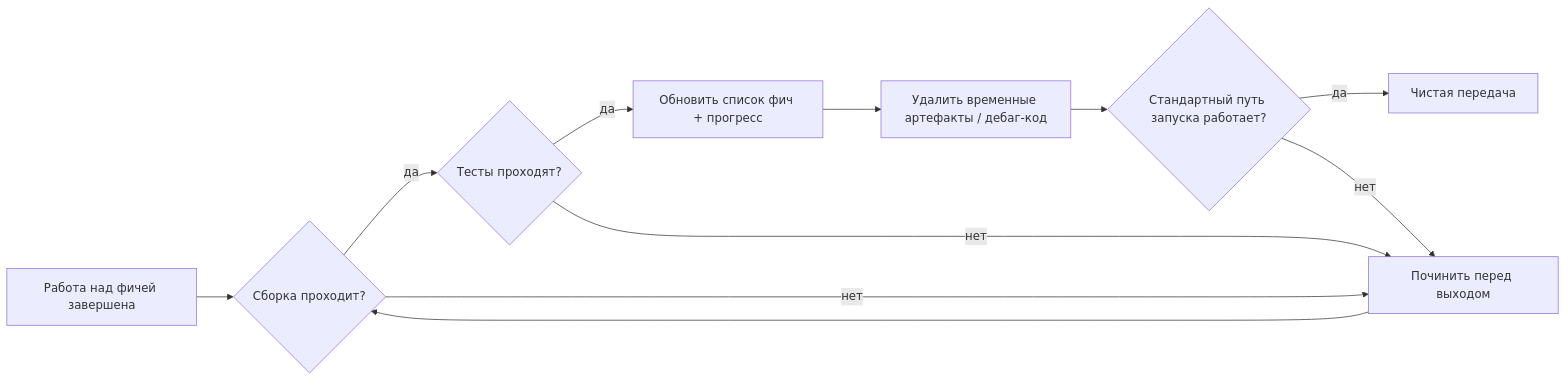
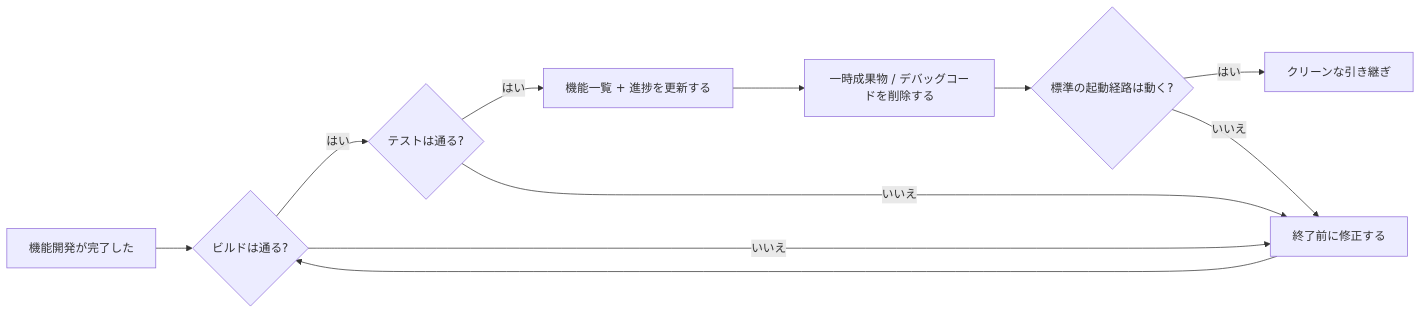
Before and after one commit to mkusaka/learn-harness-engineering: the first of 2 diagrams in docs/ru/lectures/lecture-12-why-every-session-must-leave-a-clean-state/index.md, drawn with Mermaid. The commit also changed other lines of this file and 571 other files, not shown here.

````diff
--- a/docs/ru/lectures/lecture-12-why-every-session-must-leave-a-clean-state/index.md
+++ b/docs/ru/lectures/lecture-12-why-every-session-must-leave-a-clean-state/index.md
@@ -25,13 +25,13 @@
 ```mermaid
 flowchart LR
-    Work["Работа над фичей завершена"] --> Build{"Сборка проходит?"}
-    Build -->|да| Test{"Тесты проходят?"}
-    Build -->|нет| Fix["Починить перед выходом"]
-    Test -->|да| Record["Обновить список фич + прогресс"]
-    Test -->|нет| Fix
-    Record --> Cleanup["Удалить временные артефакты / дебаг-код"]
-    Cleanup --> Startup{"Стандартный путь запуска работает?"}
-    Startup -->|да| Clean["Чистая передача"]
-    Startup -->|нет| Fix
+    Work["機能開発が完了した"] --> Build{"ビルドは通る?"}
+    Build -->|はい| Test{"テストは通る?"}
+    Build -->|いいえ| Fix["終了前に修正する"]
+    Test -->|はい| Record["機能一覧 + 進捗を更新する"]
+    Test -->|いいえ| Fix
+    Record --> Cleanup["一時成果物 / デバッグコードを削除する"]
+    Cleanup --> Startup{"標準の起動経路は動く?"}
+    Startup -->|はい| Clean["クリーンな引き継ぎ"]
+    Startup -->|いいえ| Fix
     Fix --> Build
 ```
````
